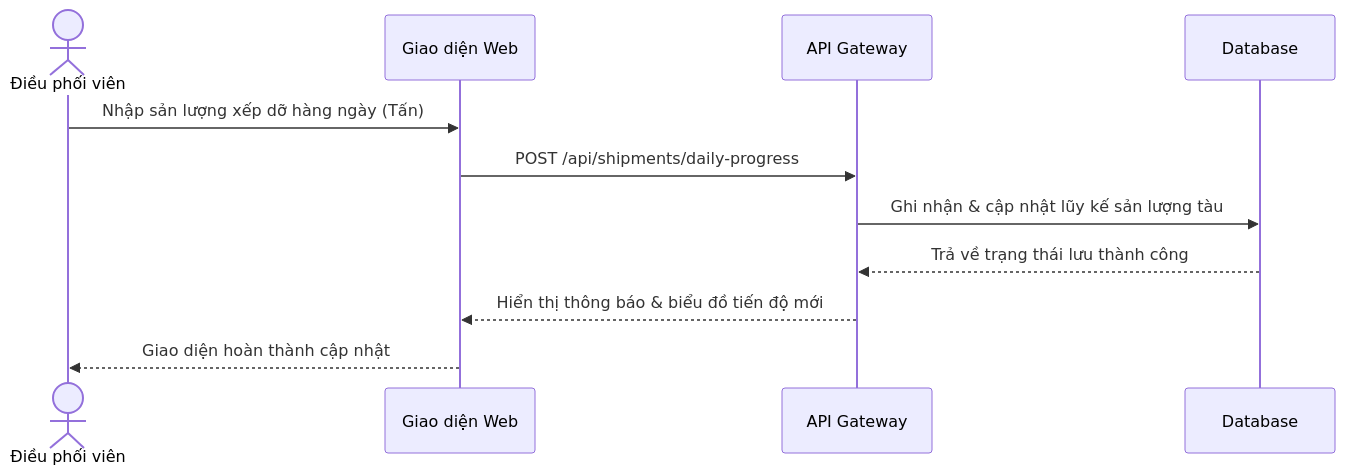
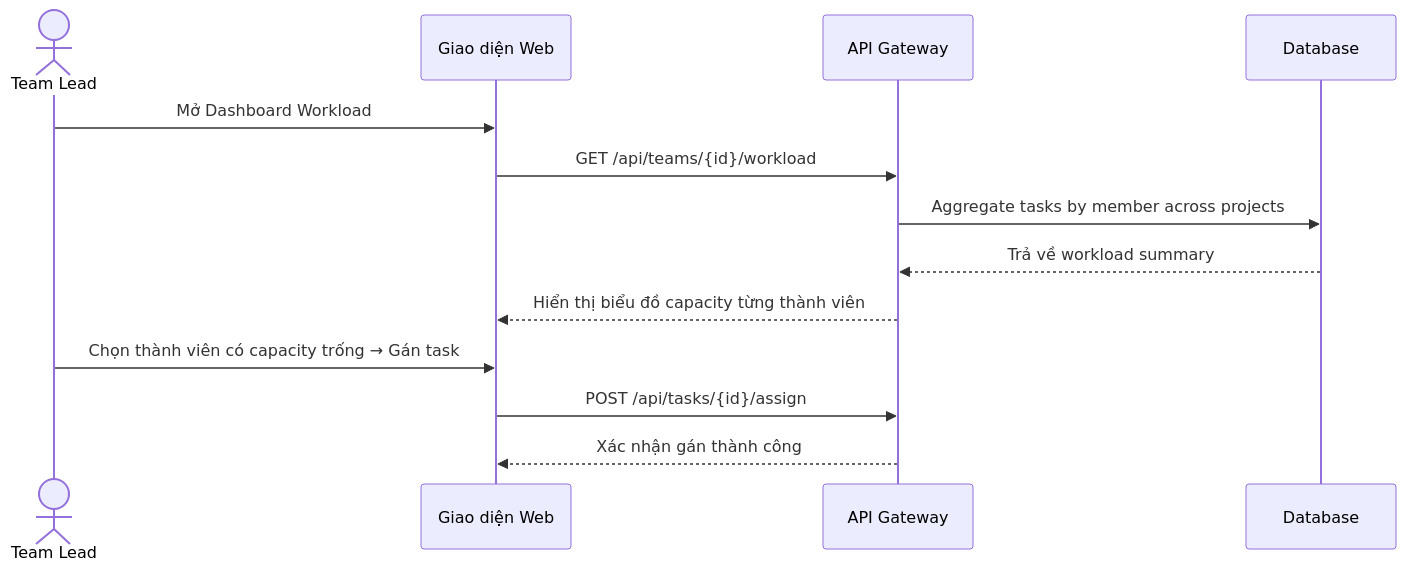
Before and after one commit to Sonleeee/Agent-Dev-Kit: the diagram in skills/core/sk-agile-ba/SKILL.md, drawn with Mermaid. The commit also changed other lines of this file and 4 other files, not shown here.

````diff
--- a/skills/core/sk-agile-ba/SKILL.md
+++ b/skills/core/sk-agile-ba/SKILL.md
@@ -59,14 +76,16 @@
 ```mermaid
 sequenceDiagram
-    actor Coordinator as Điều phối viên
+    actor TL as Team Lead
     participant Web as Giao diện Web
     participant API as API Gateway
     participant DB as Database
     
-    Coordinator->>Web: Nhập sản lượng xếp dỡ hàng ngày (Tấn)
-    Web->>API: POST /api/shipments/daily-progress
-    API->>DB: Ghi nhận & cập nhật lũy kế sản lượng tàu
-    DB-->>API: Trả về trạng thái lưu thành công
-    API-->>Web: Hiển thị thông báo & biểu đồ tiến độ mới
-    Web-->>Coordinator: Giao diện hoàn thành cập nhật
+    TL->>Web: Mở Dashboard Workload
+    Web->>API: GET /api/teams/{id}/workload
+    API->>DB: Aggregate tasks by member across projects
+    DB-->>API: Trả về workload summary
+    API-->>Web: Hiển thị biểu đồ capacity từng thành viên
+    TL->>Web: Chọn thành viên có capacity trống → Gán task
+    Web->>API: POST /api/tasks/{id}/assign
+    API-->>Web: Xác nhận gán thành công
 ```
````
